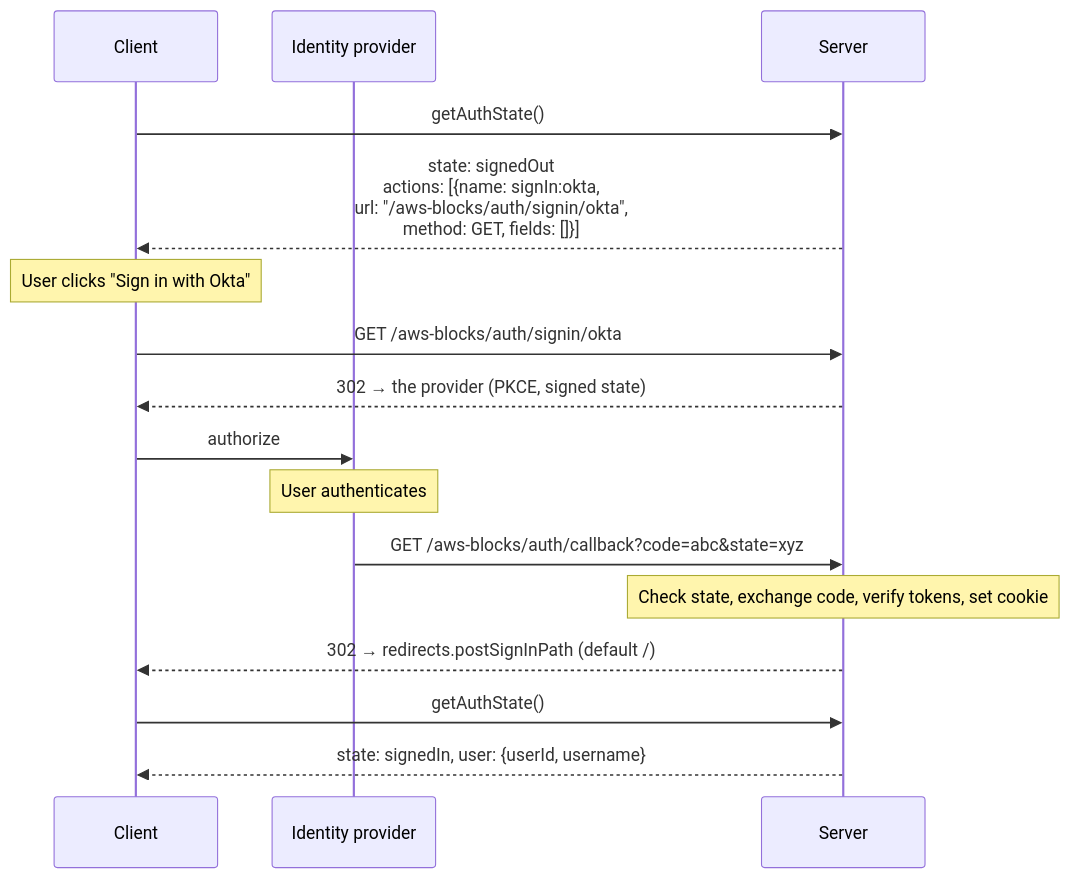
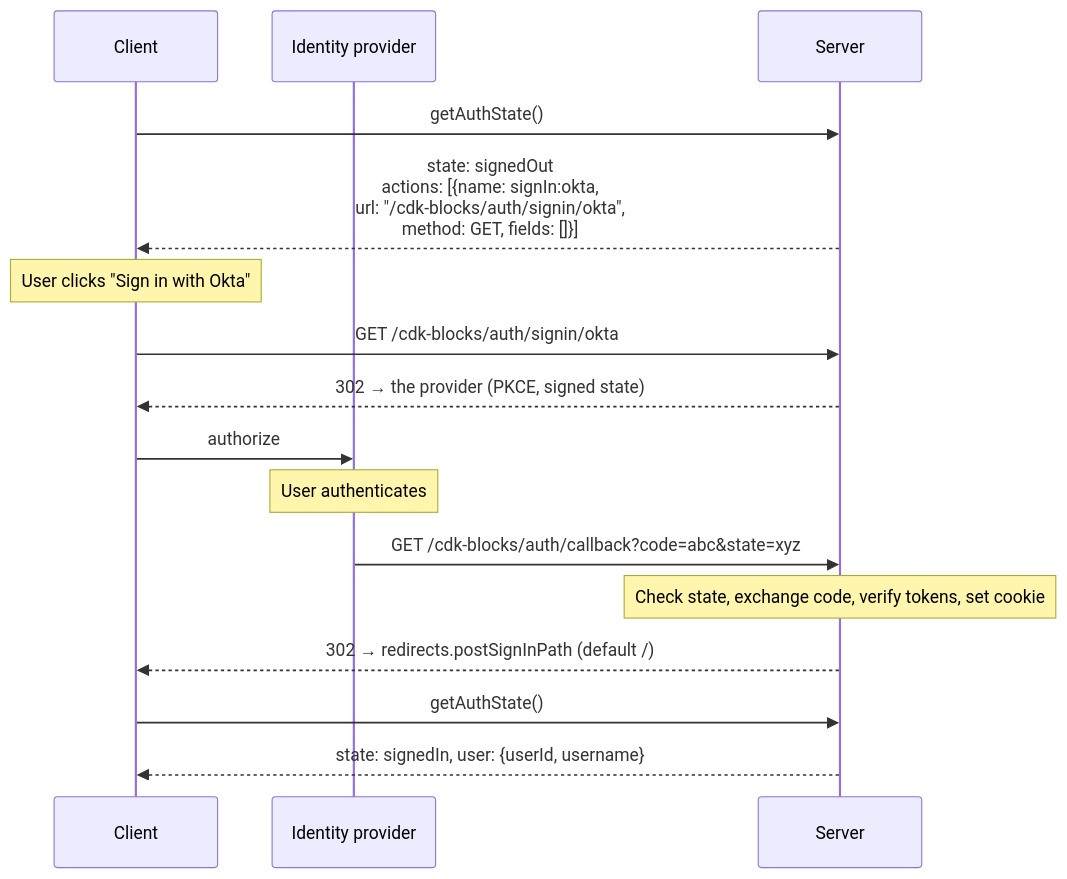
One commit to aws-devtools-labs/aws-blocks changed the sixth of 7 diagrams in packages/auth-common/DESIGN.md. Above: the diagram before and after it, drawn with Mermaid. The commit also changed other lines of this file and 438 other files, not shown here.

Commit message:
feat!: serve the framework URL prefix at /cdk-blocks/, keep /aws-blocks/ as a legacy alias

````diff
--- a/packages/auth-common/DESIGN.md
+++ b/packages/auth-common/DESIGN.md
@@ -129,23 +129,23 @@
 ```mermaid
 sequenceDiagram
 	participant C as Client
 	participant P as Identity provider
 	participant S as Server
 
 	C->>S: getAuthState()
-	S-->>C: state: signedOut<br/>actions: [{name: signIn:okta,<br/>url: "/aws-blocks/auth/signin/okta",<br/>method: GET, fields: []}]
+	S-->>C: state: signedOut<br/>actions: [{name: signIn:okta,<br/>url: "/cdk-blocks/auth/signin/okta",<br/>method: GET, fields: []}]
 
 	Note over C: User clicks "Sign in with Okta"
-	C->>S: GET /aws-blocks/auth/signin/okta
+	C->>S: GET /cdk-blocks/auth/signin/okta
 	S-->>C: 302 → the provider (PKCE, signed state)
 	C->>P: authorize
 
 	Note over P: User authenticates
 
-	P->>S: GET /aws-blocks/auth/callback?code=abc&state=xyz
+	P->>S: GET /cdk-blocks/auth/callback?code=abc&state=xyz
 	Note over S: Check state, exchange code, verify tokens, set cookie
 	S-->>C: 302 → redirects.postSignInPath (default /)
 
 	C->>S: getAuthState()
 	S-->>C: state: signedIn, user: {userId, username}
 ```
````
